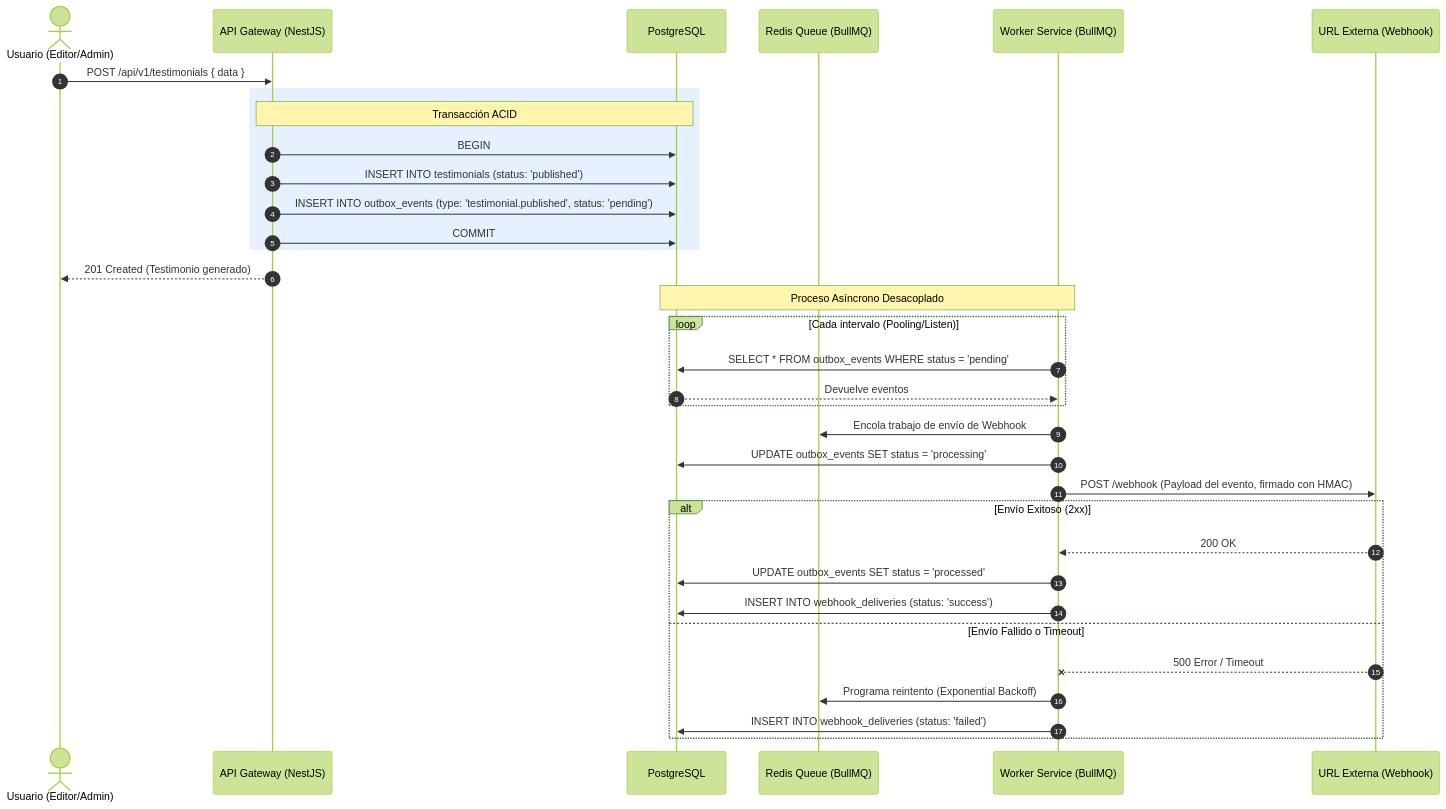
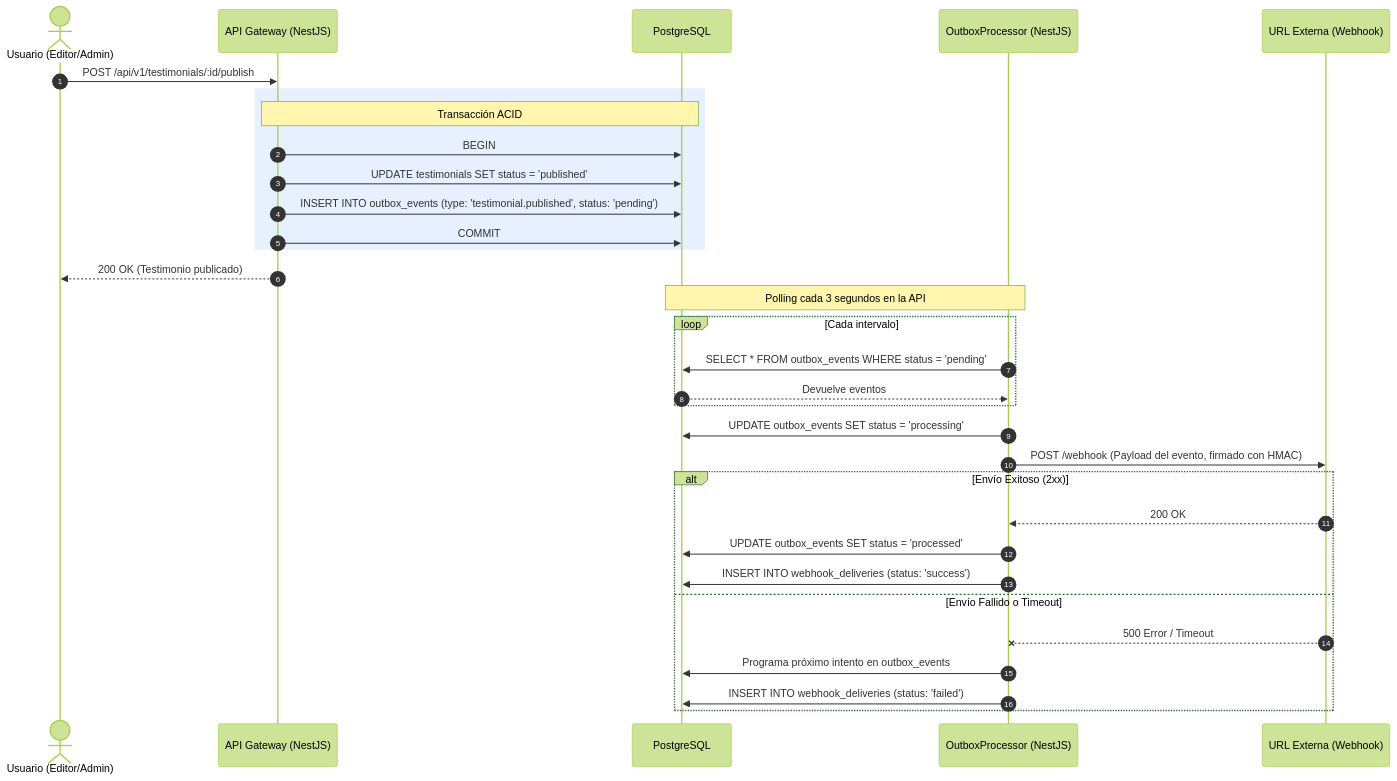
One commit to No-Country-simulation/S03-26-Equipo-10-Web-App-Development changed the first of 4 diagrams in docs/technical/07_flows.md. Above: the diagram before and after it, drawn with Mermaid (forest theme). The commit also changed other lines of this file and 10 other files, not shown here.

Commit message:
docs(architecture): actualizá el estado real y registrá la auditoría de cierre

````diff
--- a/docs/technical/07_flows.md
+++ b/docs/technical/07_flows.md
@@ -11,43 +11,41 @@
 ```mermaid
 sequenceDiagram
     autonumber
     actor U as Usuario (Editor/Admin)
     participant API as API Gateway (NestJS)
     participant DB as PostgreSQL
-    participant Redis as Redis Queue (BullMQ)
-    participant Worker as Worker Service (BullMQ)
+    participant Worker as OutboxProcessor (NestJS)
     participant Ext as URL Externa (Webhook)
 
-    U->>API: POST /api/v1/testimonials { data }
+    U->>API: POST /api/v1/testimonials/:id/publish
     
     rect rgb(230, 240, 255)
     Note over API,DB: Transacción ACID
     API->>DB: BEGIN
-    API->>DB: INSERT INTO testimonials (status: 'published')
+    API->>DB: UPDATE testimonials SET status = 'published'
     API->>DB: INSERT INTO outbox_events (type: 'testimonial.published', status: 'pending')
     API->>DB: COMMIT
     end
 
-    API-->>U: 201 Created (Testimonio generado)
+    API-->>U: 200 OK (Testimonio publicado)
 
-    Note over Worker,DB: Proceso Asíncrono Desacoplado
-    loop Cada intervalo (Pooling/Listen)
+    Note over Worker,DB: Polling cada 3 segundos en la API
+    loop Cada intervalo
         Worker->>DB: SELECT * FROM outbox_events WHERE status = 'pending'
         DB-->>Worker: Devuelve eventos
     end
 
-    Worker->>Redis: Encola trabajo de envío de Webhook
     Worker->>DB: UPDATE outbox_events SET status = 'processing'
     
     Worker->>Ext: POST /webhook (Payload del evento, firmado con HMAC)
     
     alt Envío Exitoso (2xx)
         Ext-->>Worker: 200 OK
         Worker->>DB: UPDATE outbox_events SET status = 'processed'
         Worker->>DB: INSERT INTO webhook_deliveries (status: 'success')
     else Envío Fallido o Timeout
         Ext--xWorker: 500 Error / Timeout
-        Worker->>Redis: Programa reintento (Exponential Backoff)
+        Worker->>DB: Programa próximo intento en outbox_events
         Worker->>DB: INSERT INTO webhook_deliveries (status: 'failed')
     end
 ```
````
